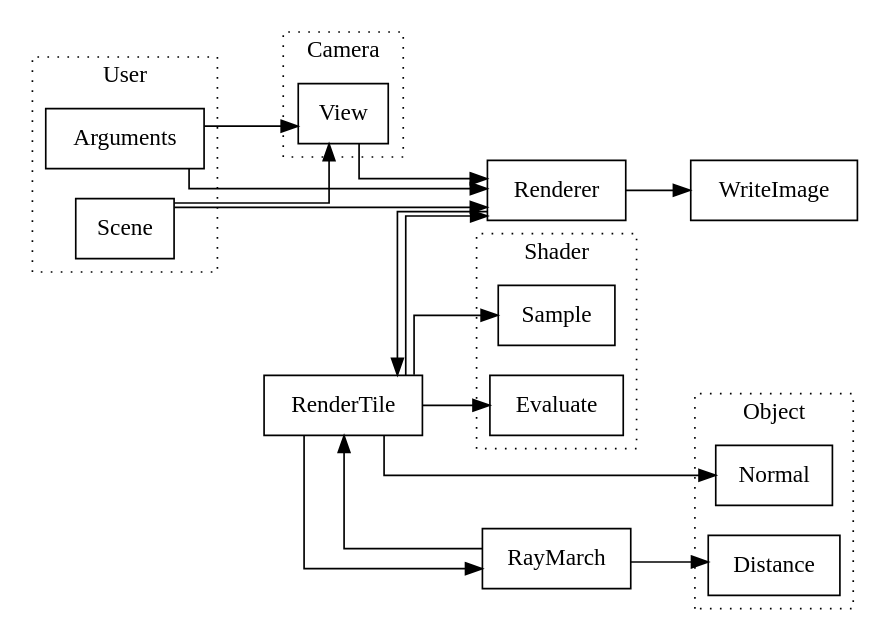
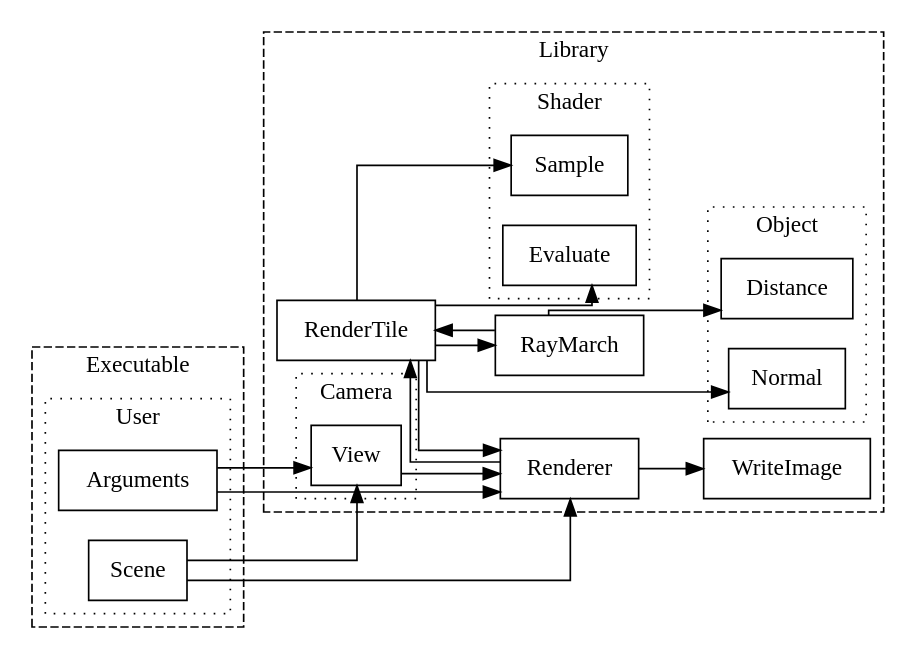
The diagram in outline.dot (Nedra1998/PBR), drawn with Graphviz before and after one commit. The commit also changed 36 other files, not shown here.

```diff
--- a/outline.dot
+++ b/outline.dot
@@ -1,43 +1,55 @@
 digraph outline {
 rankdir=LR;
 splines=ortho;
 node [shape=box];
+subgraph cluster_library {
 subgraph cluster_shader {
 Sample;
 Evaluate;
 label="Shader";
-graph[style=dotted];
-}
-subgraph cluster_camera {
-View;
-label="Camera";
 graph[style=dotted];
 }
 subgraph cluster_object {
 Distance;
 Normal;
 label="Object";
 graph[style=dotted];
 }
+subgraph cluster_camera {
+View;
+label="Camera";
+graph[style=dotted];
+}
+Renderer;
+WriteImage;
+RenderTile;
+RayMarch;
+label="Library";
+graph[style=dashed];
+}
+subgraph cluster_executable {
 subgraph cluster_user {
 Arguments;
 Scene;
 label="User";
 graph[style=dotted];
+}
+label="Executable";
+graph[style=dashed];
 }
 Arguments->Renderer;
 Scene->Renderer;
 Arguments->View;
 Scene->View;
 View->Renderer;
 Renderer->RenderTile;
 Renderer->WriteImage;
 RenderTile->RayMarch;
 RenderTile->Normal;
 RenderTile->Sample;
 RenderTile->Evaluate;
 RenderTile->Renderer;
 RayMarch->Distance;
 RayMarch->RenderTile;
 
 }
```
